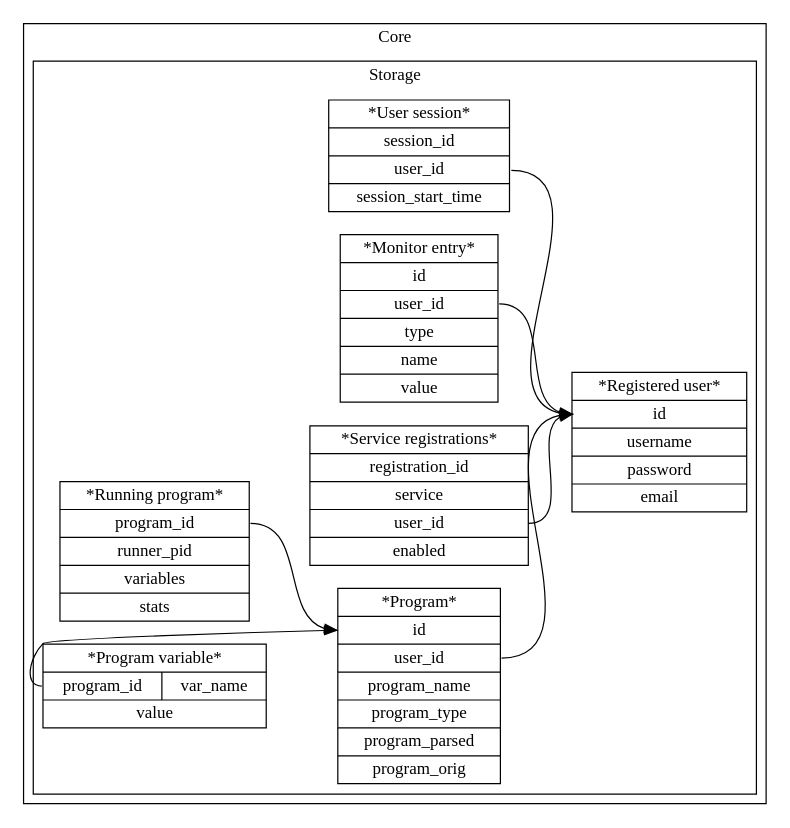
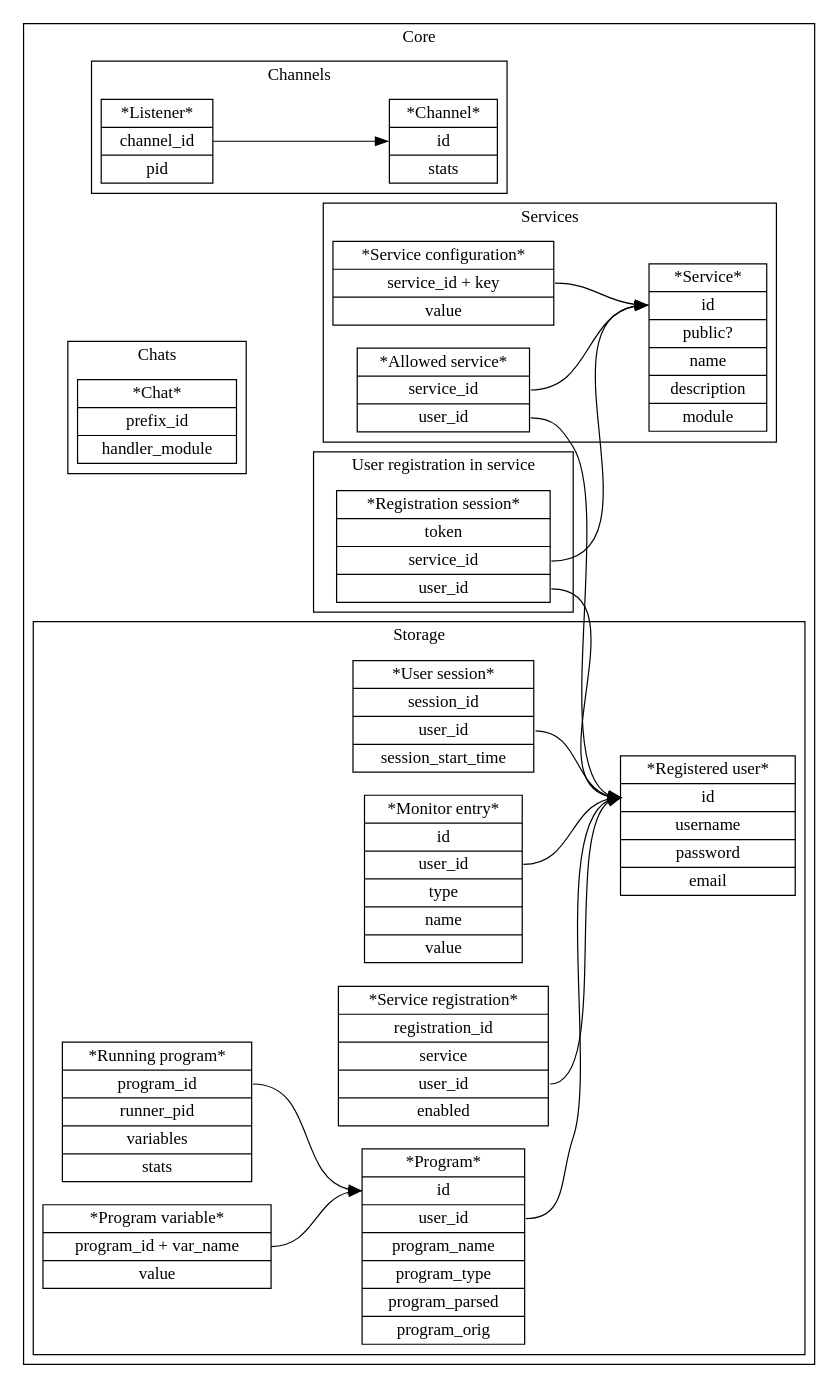
One commit to programaker-project/Programaker-Core changed the diagram in docs/diagrams/db-model.gv. Above: the diagram before and after it, drawn with Graphviz. The commit also changed 1 other file, not shown here.

Commit message:
Document core DBs.

```diff
--- a/docs/diagrams/db-model.gv
+++ b/docs/diagrams/db-model.gv
@@ -1,41 +1,84 @@
 digraph g {
     rankdir=LR
     node[shape=record];
 
     subgraph cluster_core {
         label="Core";
 
         subgraph cluster_core_storage {
             label="Storage";
 
             // REGISTERED_USERS_TABLE | automate_registered_users
             registered_user_entry[label="*Registered user* | <pk> id | username | password | email"];
 
             // USER_SESSIONS_TABLE | automate_user_sessions
             user_session_entry[label="*User session* | <pk> session_id | <f0> user_id | session_start_time"];
 
             user_session_entry:f0 -> registered_user_entry:pk;
 
             // USER_MONITORS_TABLE | automate_user_monitors
             monitor_entry[label="*Monitor entry* | <pk> id | <f0> user_id | type | name | value"];
 
             monitor_entry:f0 -> registered_user_entry:pk;
 
             // USER_PROGRAMS_TABLE | automate_user_programs
             user_program_entry[label="*Program* | <pk> id | <f0> user_id | program_name | program_type | program_parsed | program_orig"];
             user_program_entry:f0 -> registered_user_entry:pk;
 
             // RUNNING_PROGRAMS_TABLE | automate_running_programs
             running_program_entry[label="*Running program*| <f0> program_id | runner_pid | variables | stats"];
             running_program_entry:f0 -> user_program_entry:pk;
 
             // REGISTERED_SERVICES_TABLE | automate_registered_services
-            registered_service_entry[label="*Service registrations* | <pk> registration_id | <f0> service |  <f1> user_id | enabled"];
+            registered_service_entry[label="*Service registration* | <pk> registration_id | <f0> service |  <f1> user_id | enabled"];
             registered_service_entry:f1 -> registered_user_entry:pk;
 
             // PROGRAM_VARIABLE_TABLE | automate_program_variable_table
-            program_variable_table_entry[label="*Program variable* | { <f0> program_id | var_name } | value"];
+            program_variable_table_entry[label="*Program variable* | <f0> program_id + var_name | value"];
             program_variable_table_entry:f0 -> user_program_entry:pk;  // Not sure if user program or running program
         }
-    }
+
+        subgraph cluster_core_channels {
+            label="Channels";
+
+            // LIVE_CHANNELS_TABLE | automate_channel_engine_live_channels_table
+            live_channels_table_entry[label="*Channel* | <pk> id | stats"];
+
+            // LISTENERS_TABLE | automate_channel_engine_listeners_table
+            listeners_table_entry[label="*Listener*| <f0> channel_id | pid"];
+            listeners_table_entry -> live_channels_table_entry:pk;
+        }
+
+        subgraph cluster_core_chats {
+            label="Chats";
+
+            // CHAT_HANDLER_MODULE_TABLE | automate_chat_handler_module_table
+            chat_handler_module_entry[label="*Chat* | <pk> prefix_id | handler_module"];
+        }
+
+        subgraph cluster_core_services {
+            label="Services";
+
+            // SERVICE_REGISTRY_TABLE | automate_service_registry_services_table
+            services_table_entry[label="*Service* | <pk> id | public? | name | description | module"];
+
+            // USER_SERVICE_ALLOWANCE_TABLE | automate_service_registry_user_service_allowance_table
+            user_service_allowance_entry[label="*Allowed service*| <f0> service_id | <f1> user_id"];
+            user_service_allowance_entry:f0 -> services_table_entry:pk;
+            user_service_allowance_entry:f1 -> registered_user_entry:pk;
+
+            // SERVICE_CONFIGURATION_TABLE | automate_service_registry_service_configuration_table
+            service_configuration_entry[label="*Service configuration* | <pk> service_id + key | value "];
+            service_configuration_entry:pk -> services_table_entry:pk;
+        }
+
+        subgraph cluster_core_user_service_registration {
+            label="User registration in service";
+
+            // SERVICE_REGISTRATION_TOKEN_TABLE | automate_service_registration_token_table
+            service_registration_token[label="*Registration session* | <pk> token | <f0> service_id | <f1> user_id"];
+            service_registration_token:f0 -> services_table_entry:pk;
+            service_registration_token:f1 -> registered_user_entry:pk;
+        }
+   }
 }
```
